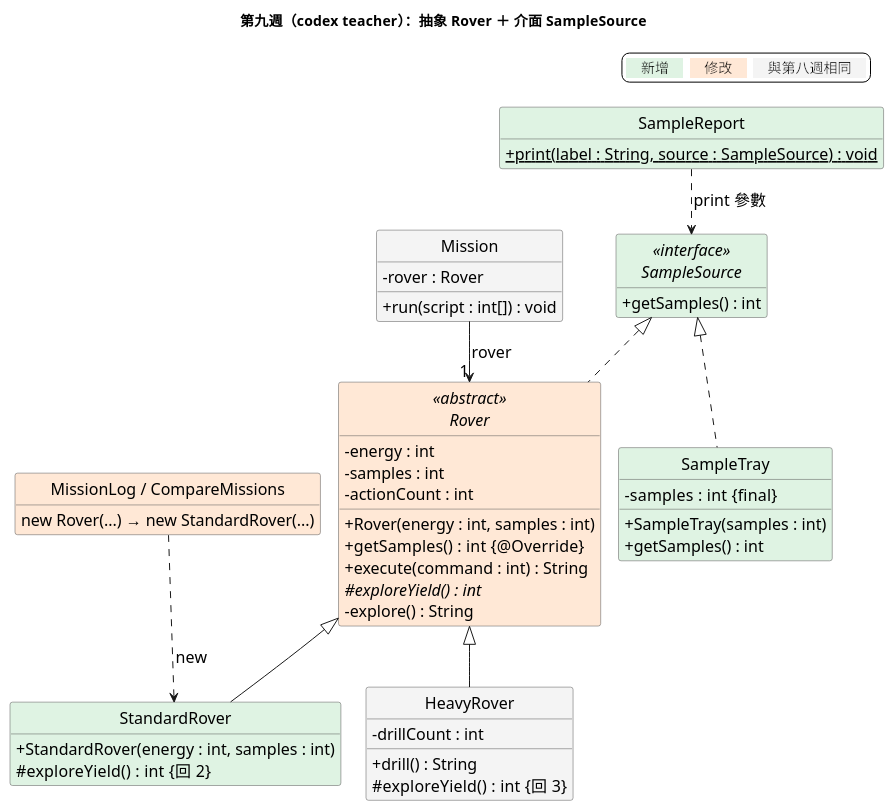
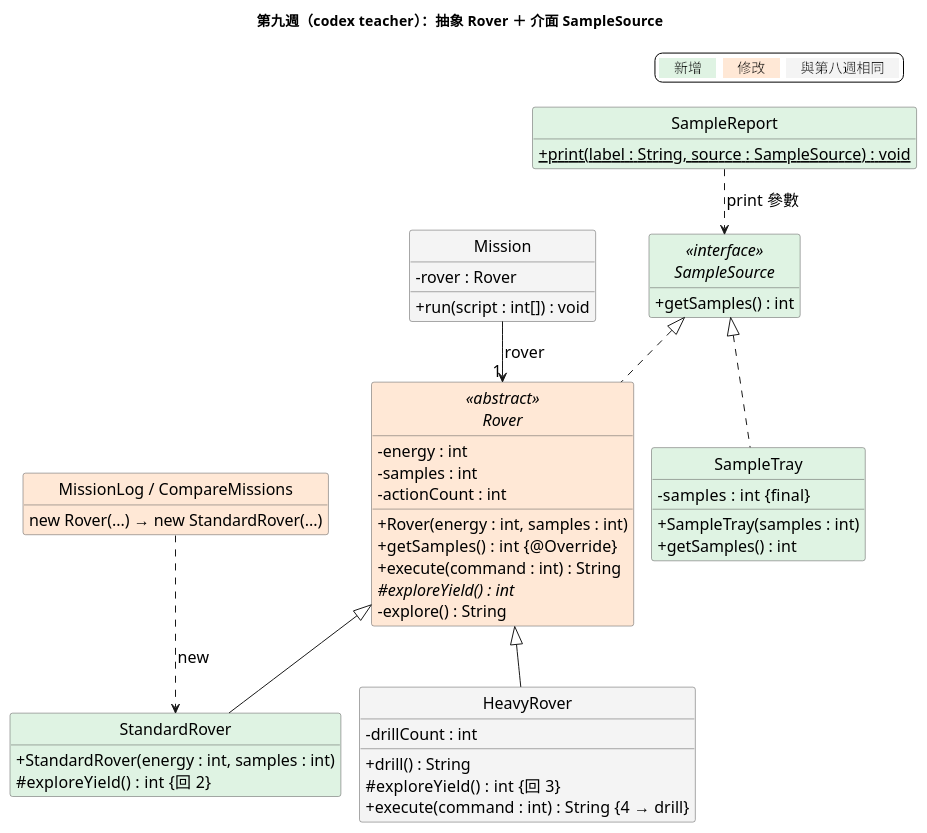
The diagram in week09/codex版本/diagrams/evolution_w09_claude.puml (shuochenghu/115_1_Java_Tutorial), drawn with PlantUML before and after one commit. The commit also changed 44 other files, not shown here.

```diff
--- a/week09/codex版本/diagrams/evolution_w09_claude.puml
+++ b/week09/codex版本/diagrams/evolution_w09_claude.puml
@@ -1,64 +1,65 @@
 @startuml
 !pragma layout smetana
 skinparam classAttributeIconSize 0
 skinparam defaultFontName "Microsoft JhengHei"
 skinparam defaultFontSize 16
 skinparam shadowing false
 skinparam classBorderColor #555555
 skinparam noteBackgroundColor #FFFBEA
 skinparam noteBorderColor #B39B4D
 skinparam backgroundColor #FFFFFF
 hide circle
 hide empty members
 title 第九週（codex teacher）：抽象 Rover ＋ 介面 SampleSource
 
 legend top right
   <back:#DFF3E3>　新增　</back>  <back:#FFE8D6>　修改　</back>  <back:#F4F4F4>　與第八週相同　</back>
 endlegend
 
 interface SampleSource <<interface>> #DFF3E3 {
   + getSamples() : int
 }
 abstract class Rover <<abstract>> #FFE8D6 {
   - energy : int
   - samples : int
   - actionCount : int
   + Rover(energy : int, samples : int)
   + getSamples() : int  {@Override}
   + execute(command : int) : String
   # {abstract} exploreYield() : int
   - explore() : String
 }
 class StandardRover #DFF3E3 {
   + StandardRover(energy : int, samples : int)
   # exploreYield() : int  {回 2}
 }
 class HeavyRover #F4F4F4 {
   - drillCount : int
   + drill() : String
   # exploreYield() : int  {回 3}
+  + execute(command : int) : String  {4 → drill}
 }
 class SampleTray #DFF3E3 {
   - samples : int  {final}
   + SampleTray(samples : int)
   + getSamples() : int
 }
 class SampleReport #DFF3E3 {
   + {static} print(label : String, source : SampleSource) : void
 }
 class Mission #F4F4F4 {
   - rover : Rover
   + run(script : int[]) : void
 }
 class "MissionLog / CompareMissions" as Entry #FFE8D6 {
   new Rover(...) → new StandardRover(...)
 }
 
 SampleSource <|.. Rover
 SampleSource <|.. SampleTray
 Rover <|-- StandardRover
 Rover <|-- HeavyRover
 Mission --> "1" Rover : rover
 SampleReport ..> SampleSource : print 參數
 Entry ..> StandardRover : new
 @enduml
```
